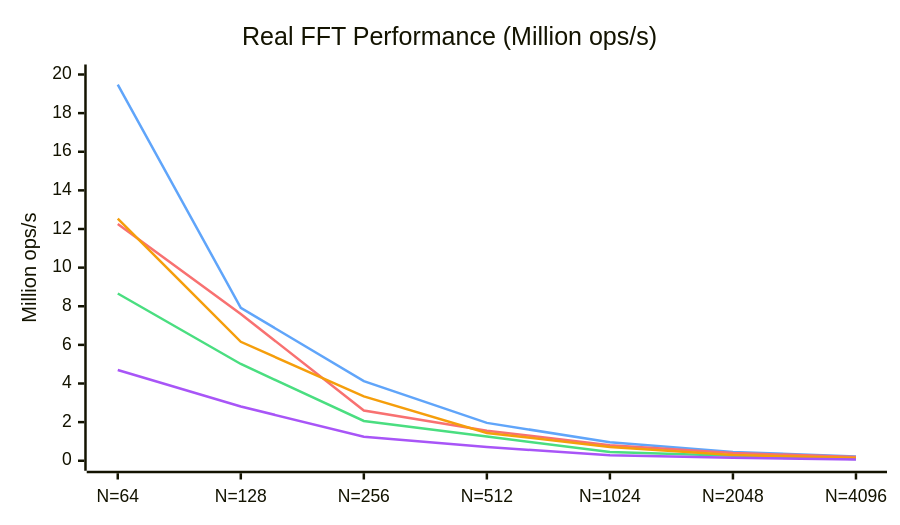
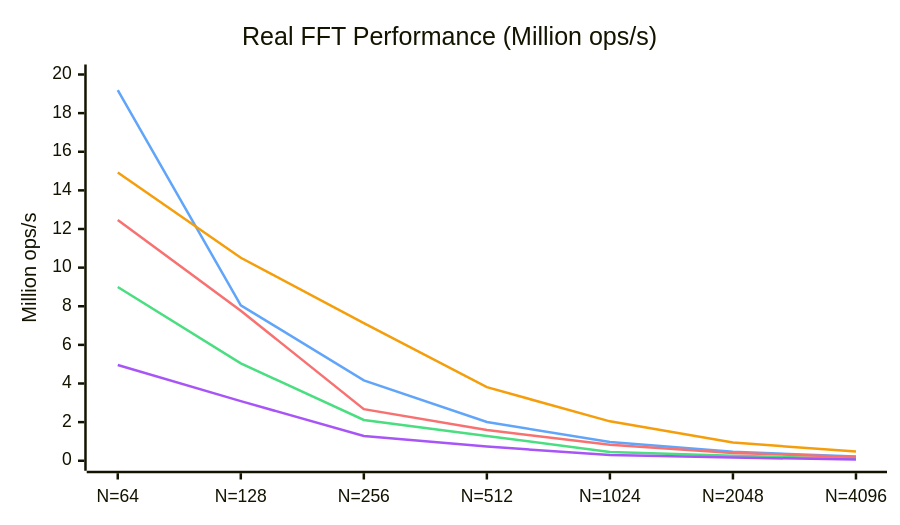
The second of 2 diagrams in README.md (EmNudge/wat-fft), drawn with Mermaid before and after one commit. The commit also changed other lines of this file and 20 other files, not shown here.

````diff
--- a/README.md
+++ b/README.md
@@ -63,20 +69,20 @@
 ```mermaid
 ---
 config:
     xyChart:
         width: 700
         height: 400
     themeVariables:
         xyChart:
             plotColorPalette: "#4ade80, #60a5fa, #f87171, #f59e0b, #a855f7"
 ---
 xychart-beta
     title "Real FFT Performance (Million ops/s)"
     x-axis [N=64, N=128, N=256, N=512, N=1024, N=2048, N=4096]
     y-axis "Million ops/s" 0 --> 20
-    line [8.66, 5.01, 2.06, 1.26, 0.451, 0.257, 0.095]
-    line [19.48, 7.92, 4.12, 1.96, 0.955, 0.459, 0.220]
-    line [12.26, 7.60, 2.60, 1.55, 0.807, 0.403, 0.190]
-    line [12.54, 6.16, 3.33, 1.44, 0.717, 0.301, 0.143]
-    line [4.70, 2.81, 1.24, 0.707, 0.283, 0.156, 0.064]
+    line [9.00, 5.04, 2.11, 1.28, 0.456, 0.262, 0.099]
+    line [19.19, 8.05, 4.16, 2.01, 0.968, 0.461, 0.221]
+    line [12.47, 7.77, 2.67, 1.59, 0.824, 0.407, 0.197]
+    line [14.93, 10.51, 7.13, 3.81, 2.04, 0.941, 0.474]
+    line [4.96, 3.09, 1.28, 0.732, 0.293, 0.163, 0.066]
 ```
````
